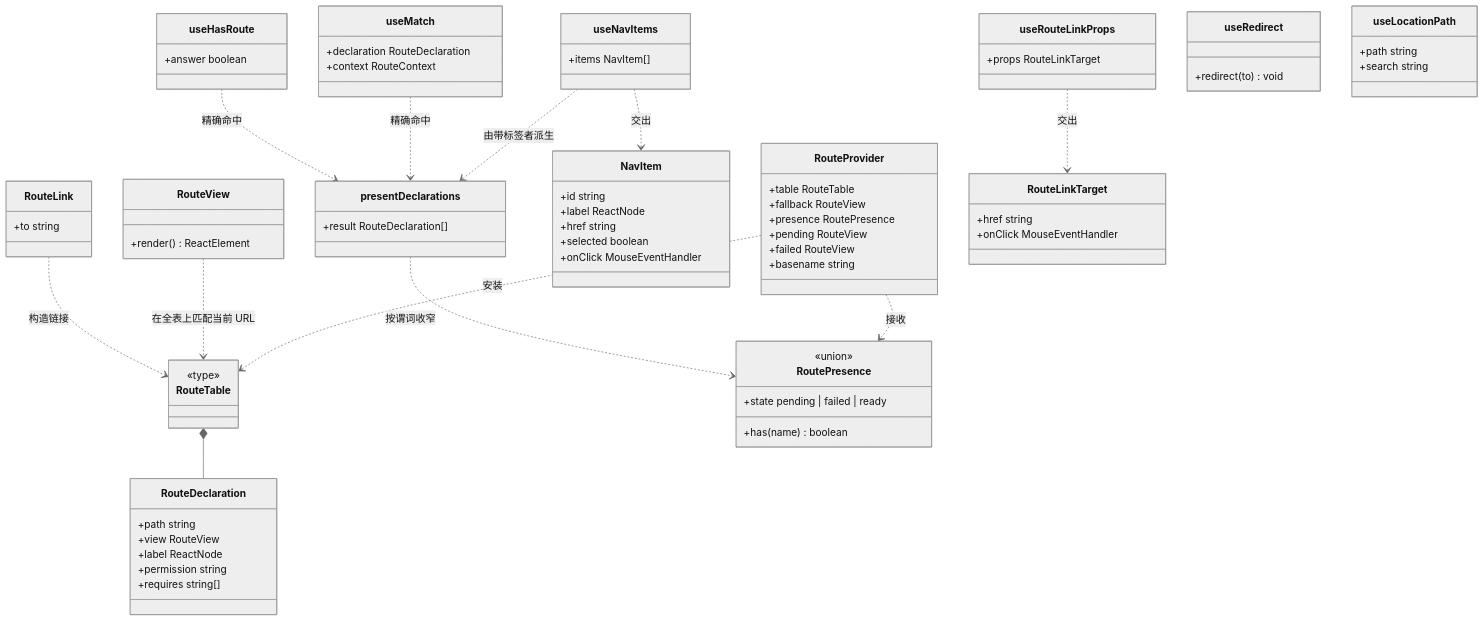
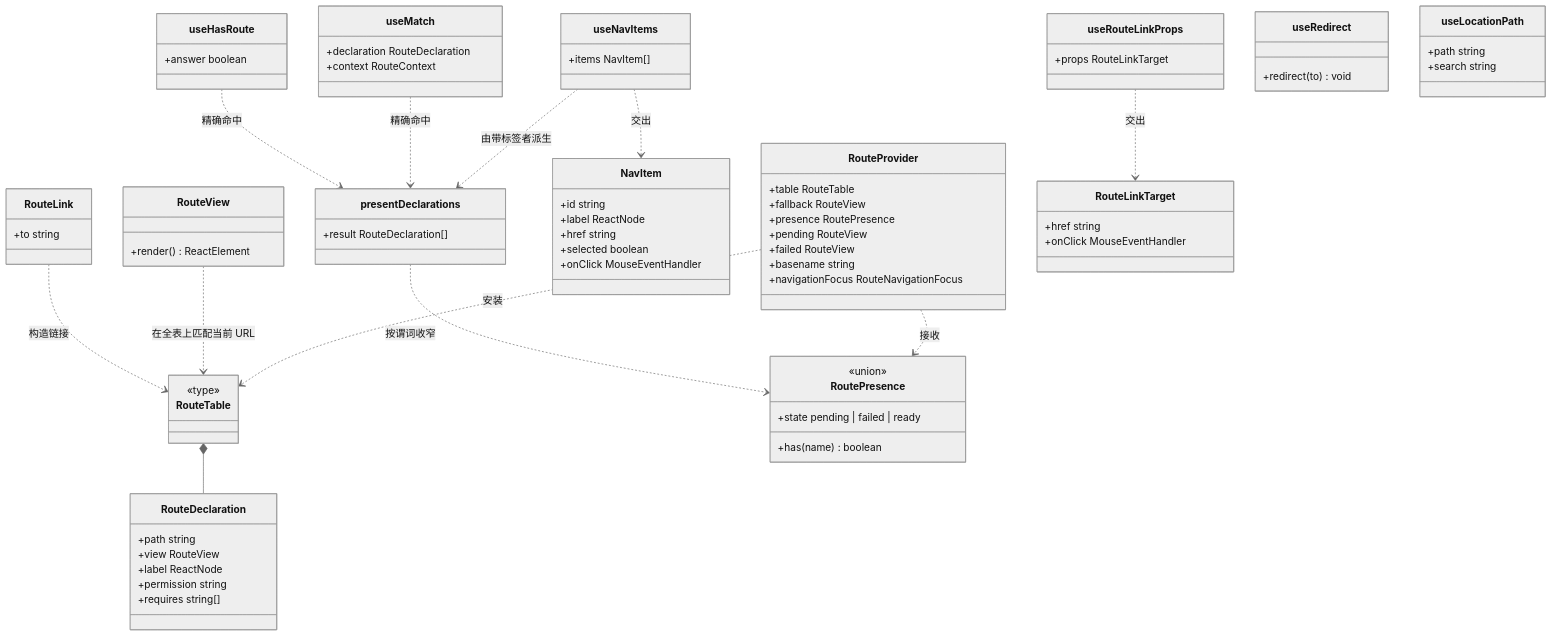
One commit to wangzw/speed changed the first of 2 diagrams in docs/design/modules/web/design-web-route-kit.md. Above: the diagram before and after it, drawn with Mermaid (neutral theme). The commit also changed other lines of this file and 6 other files, not shown here.

````diff
--- a/docs/design/modules/web/design-web-route-kit.md
+++ b/docs/design/modules/web/design-web-route-kit.md
@@ -181,77 +185,78 @@
 ```mermaid
 classDiagram
     class RouteDeclaration {
         +path string
         +view RouteView
         +label ReactNode
         +permission string
         +requires string[]
     }
     class RouteTable {
         <<type>>
     }
     class RoutePresence {
         <<union>>
         +state pending | failed | ready
         +has(name) boolean
     }
     class RouteProvider {
         +table RouteTable
         +fallback RouteView
         +presence RoutePresence
         +pending RouteView
         +failed RouteView
         +basename string
+        +navigationFocus RouteNavigationFocus
     }
     class RouteView {
         +render() ReactElement
     }
     class presentDeclarations {
         +result RouteDeclaration[]
     }
     class useNavItems {
         +items NavItem[]
     }
     class useMatch {
         +declaration RouteDeclaration
         +context RouteContext
     }
     class useHasRoute {
         +answer boolean
     }
     class NavItem {
         +id string
         +label ReactNode
         +href string
         +selected boolean
         +onClick MouseEventHandler
     }
     class RouteLink {
         +to string
     }
     class RouteLinkTarget {
         +href string
         +onClick MouseEventHandler
     }
     class useRouteLinkProps {
         +props RouteLinkTarget
     }
     class useRedirect {
         +redirect (to) void
     }
     class useLocationPath {
         +path string
         +search string
     }
     RouteTable *-- RouteDeclaration
     RouteProvider ..> RouteTable : 安装
     RouteProvider ..> RoutePresence : 接收
     RouteView ..> RouteTable : 在全表上匹配当前 URL
     presentDeclarations ..> RoutePresence : 按谓词收窄
     useNavItems ..> presentDeclarations : 由带标签者派生
     useMatch ..> presentDeclarations : 精确命中
     useHasRoute ..> presentDeclarations : 精确命中
     useNavItems ..> NavItem : 交出
     useRouteLinkProps ..> RouteLinkTarget : 交出
     RouteLink ..> RouteTable : 构造链接
 ```
````
